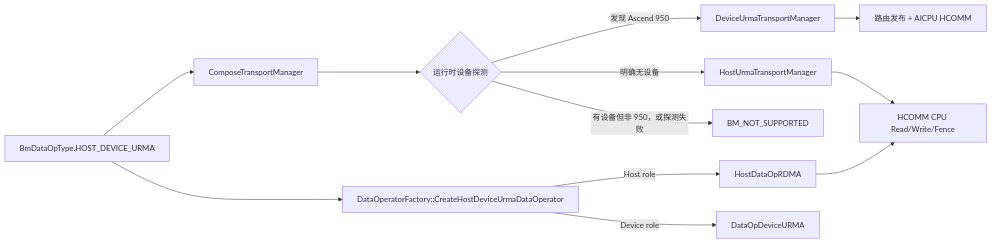
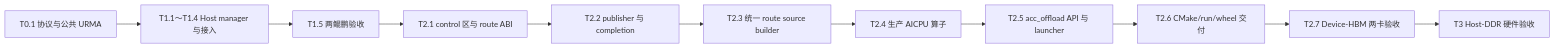
One commit to NoCoder0/memfabric_hybrid changed the diagram in docs/batch_copy_aicpu_urma_staged_implementation_plan.md. Above: the diagram before and after it, drawn with Mermaid. The commit also changed other lines of this file and 1 other file, not shown here.

````diff
--- a/docs/batch_copy_aicpu_urma_staged_implementation_plan.md
+++ b/docs/batch_copy_aicpu_urma_staged_implementation_plan.md
@@ -152,14 +126,13 @@
 ```mermaid
 flowchart LR
-    A["BmDataOpType.HOST_DEVICE_URMA"] --> B["ComposeTransportManager"]
-    B --> C{"运行时设备探测"}
-    C -->|"发现 Ascend 950"| D["DeviceUrmaTransportManager"]
-    C -->|"明确无设备"| D2["HostUrmaTransportManager"]
-    C -->|"有设备但非 950，或探测失败"| F["BM_NOT_SUPPORTED"]
-    A --> E["DataOperatorFactory::CreateHostDeviceUrmaDataOperator"]
-    E -->|"Host role"| G["HostDataOpRDMA"]
-    E -->|"Device role"| H["DataOpDeviceURMA"]
-    D --> I["路由发布 + AICPU HCOMM"]
-    D2 --> J["HCOMM CPU Read/Write/Fence"]
-    G --> J
+    A["T0.1 协议与公共 URMA"] --> B["T1.1～T1.4 Host manager 与接入"]
+    B --> C["T1.5 两鲲鹏验收"]
+    C --> D["T2.1 control 区与 route ABI"]
+    D --> E["T2.2 publisher 与 completion"]
+    E --> F["T2.3 统一 route source builder"]
+    F --> G["T2.4 生产 AICPU 算子"]
+    G --> H["T2.5 acc_offload API 与 launcher"]
+    H --> I["T2.6 CMake/run/wheel 交付"]
+    I --> J["T2.7 Device-HBM 两卡验收"]
+    J --> K["T3 Host-DDR 硬件验收"]
 ```
````
